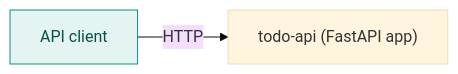
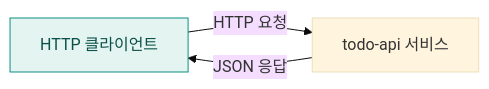
Before and after one commit to hxxnn/codemap: the first of 3 diagrams in examples/python-todo-api/docs/codemap/architecture.md, drawn with Mermaid (base theme). The commit also changed other lines of this file and 44 other files, not shown here.

````diff
--- a/examples/python-todo-api/docs/codemap/architecture.md
+++ b/examples/python-todo-api/docs/codemap/architecture.md
@@ -16,7 +16,8 @@
 ```mermaid
 flowchart LR
-    client["API client"]:::external
-    api["todo-api (FastAPI app)"]
-    client -->|"HTTP"| api
-    classDef external fill:#E3F4F1,stroke:#0E8F83,color:#0B4F49
+  user["HTTP 클라이언트"]:::external
+  sys["todo-api 서비스"]
+  user -->|"HTTP 요청"| sys
+  sys -->|"JSON 응답"| user
+  classDef external fill:#E3F4F1,stroke:#0E8F83,color:#0B4F49
 ```
````
